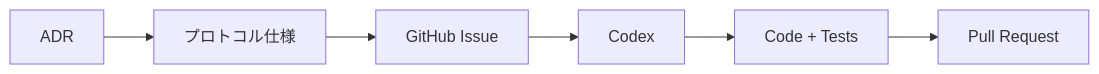
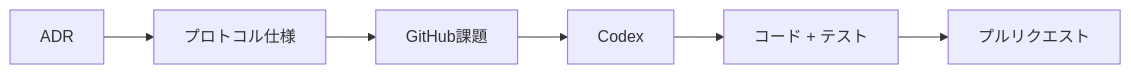
The third of 5 diagrams in docs/index.md (ShigeichiroYamasaki/creator-first-platform), drawn with Mermaid before and after one commit. The commit also changed other lines of this file and 72 other files, not shown here.

````diff
--- a/docs/index.md
+++ b/docs/index.md
@@ -191,11 +191,11 @@
 ```mermaid
 flowchart LR
     ADR[ADR]
     SPEC[プロトコル仕様]
-    ISSUE[GitHub Issue]
+    ISSUE[GitHub課題]
     AI[Codex]
-    CODE[Code + Tests]
-    PR[Pull Request]
+    CODE[コード + テスト]
+    PR[プルリクエスト]
 
     ADR --> SPEC --> ISSUE --> AI --> CODE --> PR
 ```
````
